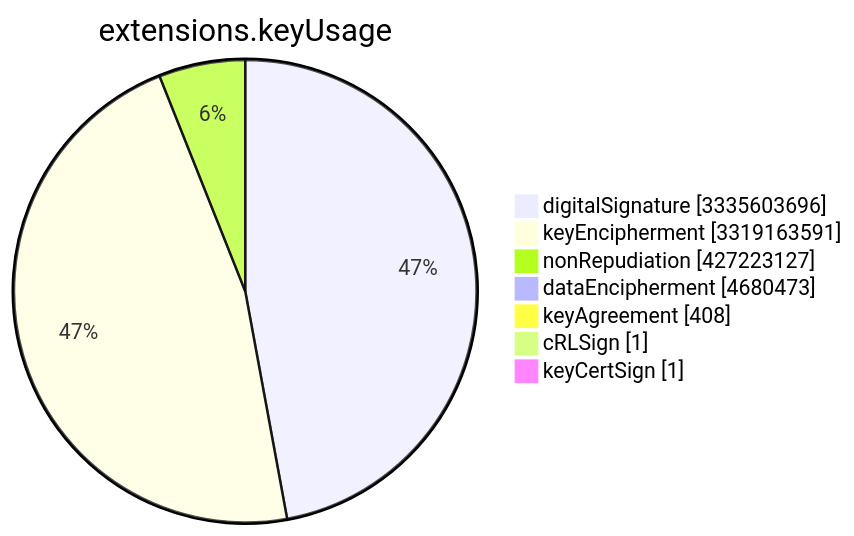
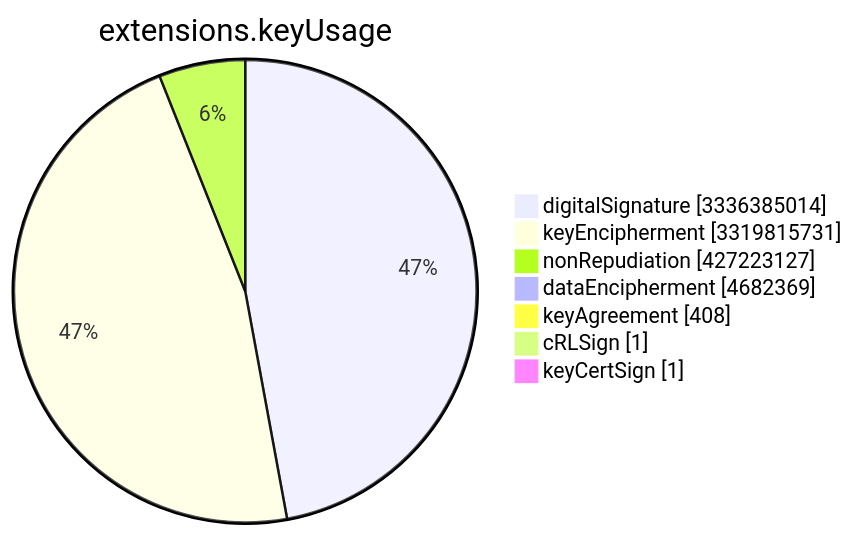
Before and after one commit to christiankrug/ctmonitor_visualization: the sixth of 15 diagrams in TOTAL/README.md, drawn with Mermaid. The commit also changed other lines of this file, not shown here.

````diff
--- a/TOTAL/README.md
+++ b/TOTAL/README.md
@@ -3078,11 +3078,11 @@
 ```mermaid
 pie showData
 title extensions.keyUsage
-"digitalSignature" :3335603696
-"keyEncipherment" :3319163591
+"digitalSignature" :3336385014
+"keyEncipherment" :3319815731
 "nonRepudiation" :427223127
-"dataEncipherment" :4680473
+"dataEncipherment" :4682369
 "keyAgreement" :408
 "cRLSign" :1
 "keyCertSign" :1
 ```
````
